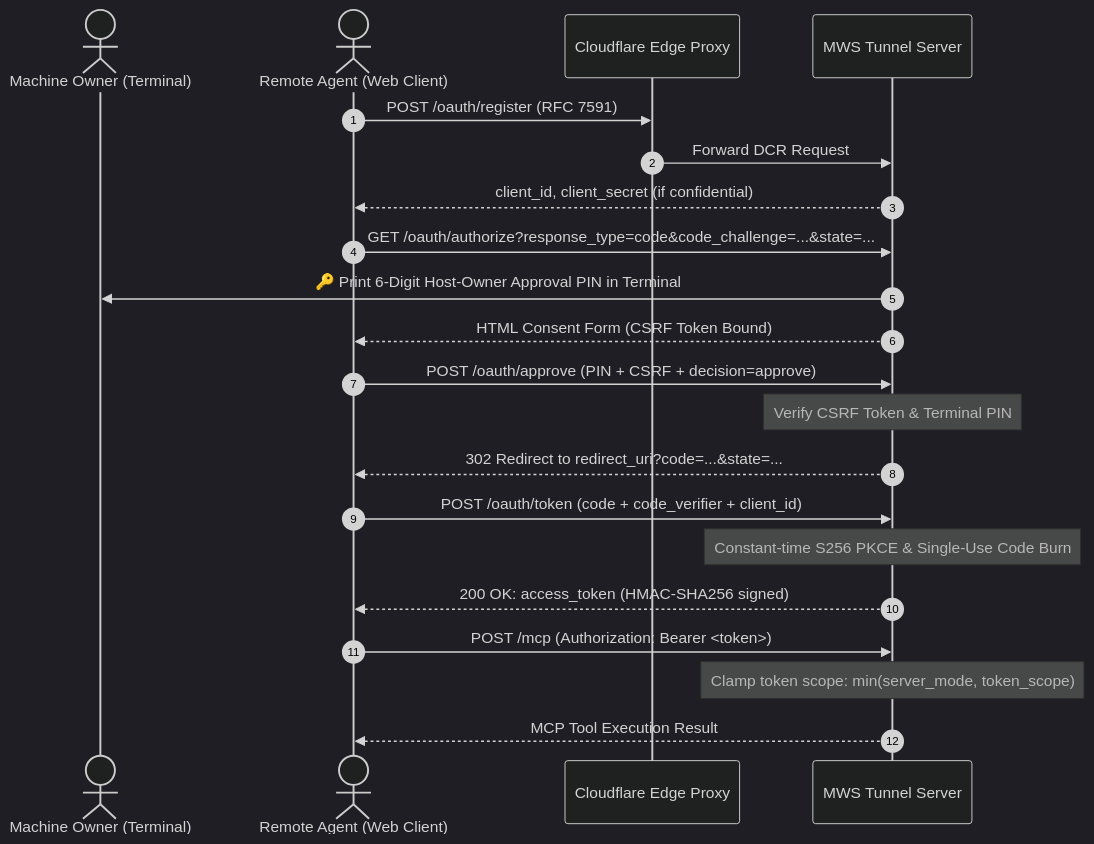
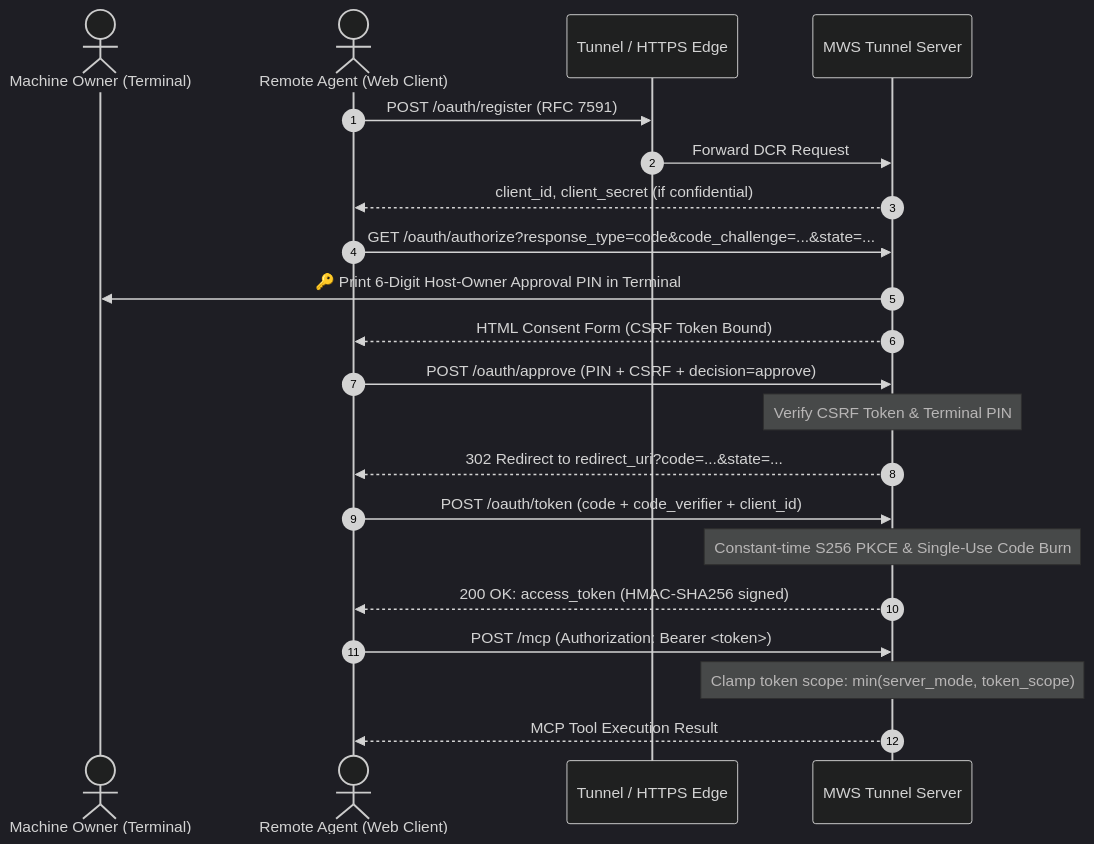
Before and after one commit to indala/mcp-win-stdio: the diagram in docs/tunnel-and-remote-access.md, drawn with Mermaid (dark theme). The commit also changed other lines of this file and 103 other files, not shown here.

````diff
--- a/docs/tunnel-and-remote-access.md
+++ b/docs/tunnel-and-remote-access.md
@@ -121,28 +166,28 @@
 ```mermaid
 sequenceDiagram
     autonumber
     actor User as Machine Owner (Terminal)
     actor Remote as Remote Agent (Web Client)
-    participant Edge as Cloudflare Edge Proxy
+    participant Edge as Tunnel / HTTPS Edge
     participant Tunnel as MWS Tunnel Server
     
     Remote->>Edge: POST /oauth/register (RFC 7591)
     Edge->>Tunnel: Forward DCR Request
     Tunnel-->>Remote: client_id, client_secret (if confidential)
     
     Remote->>Tunnel: GET /oauth/authorize?response_type=code&code_challenge=...&state=...
     Tunnel->>User: 🔑 Print 6-Digit Host-Owner Approval PIN in Terminal
     Tunnel-->>Remote: HTML Consent Form (CSRF Token Bound)
     
     Remote->>Tunnel: POST /oauth/approve (PIN + CSRF + decision=approve)
     Note over Tunnel: Verify CSRF Token & Terminal PIN
     Tunnel-->>Remote: 302 Redirect to redirect_uri?code=...&state=...
     
     Remote->>Tunnel: POST /oauth/token (code + code_verifier + client_id)
     Note over Tunnel: Constant-time S256 PKCE & Single-Use Code Burn
     Tunnel-->>Remote: 200 OK: access_token (HMAC-SHA256 signed)
     
     Remote->>Tunnel: POST /mcp (Authorization: Bearer <token>)
     Note over Tunnel: Clamp token scope: min(server_mode, token_scope)
     Tunnel-->>Remote: MCP Tool Execution Result
 ```
````
